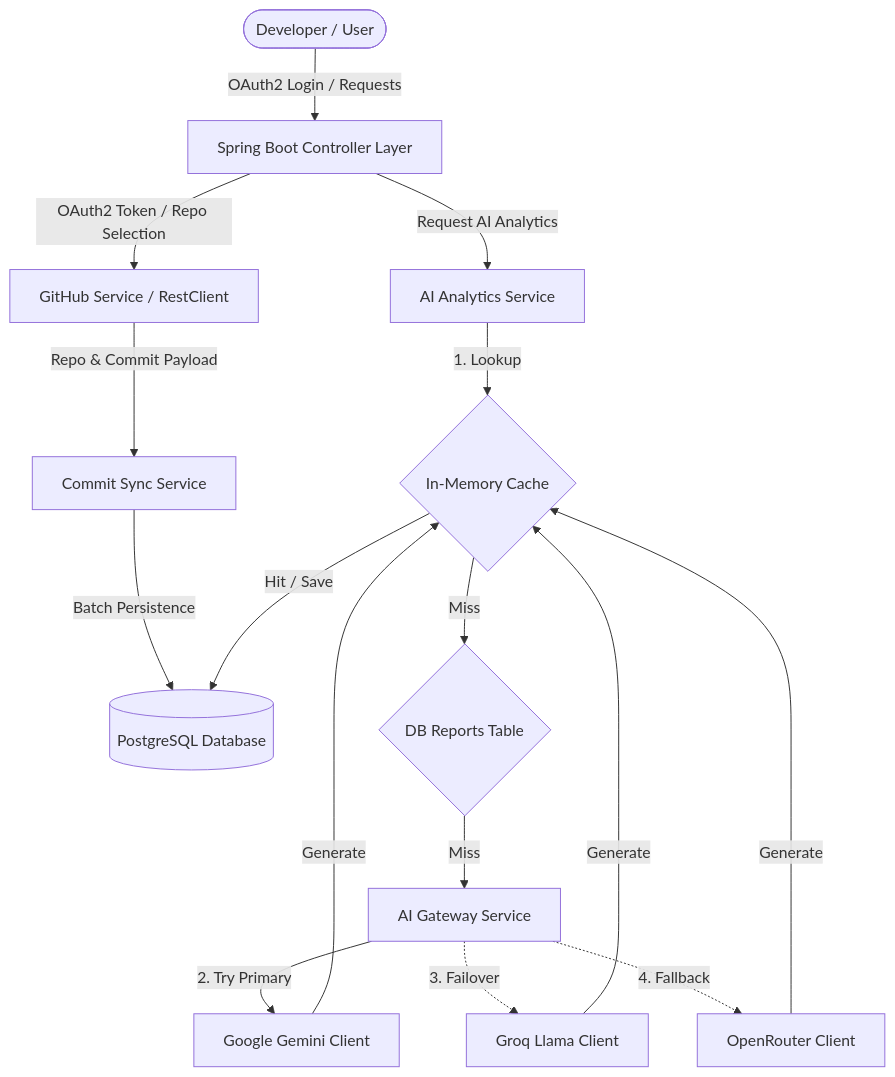
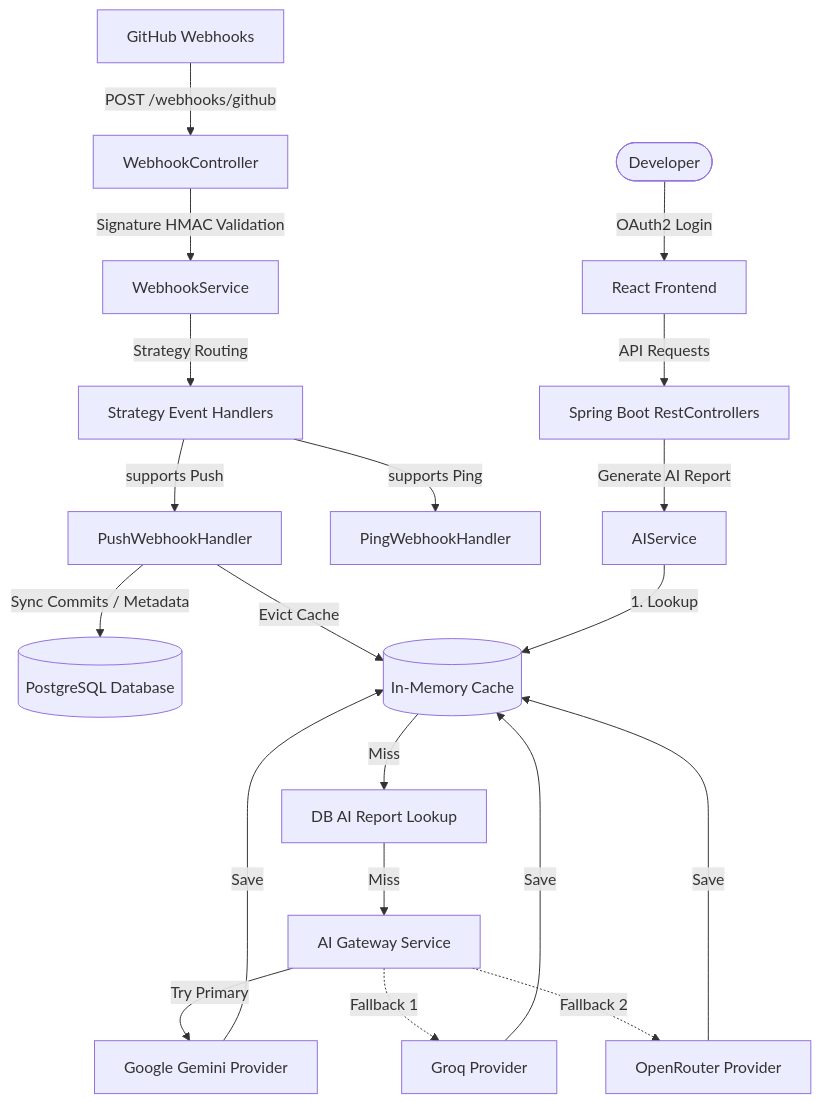
The diagram in README.md (Venkatesh2005v/GitPilot), drawn with Mermaid before and after one commit. The commit also changed other lines of this file, not shown here.

Commit message:
Test GitPilot commit synchronization

````diff
--- a/README.md
+++ b/README.md
@@ -9,22 +20,29 @@
 ```mermaid
 graph TD
-    User([Developer / User]) -->|OAuth2 Login / Requests| WebUI[Spring Boot Controller Layer]
-    WebUI -->|OAuth2 Token / Repo Selection| GithubService[GitHub Service / RestClient]
-    GithubService -->|Repo & Commit Payload| CommitService[Commit Sync Service]
-    CommitService -->|Batch Persistence| DB[(PostgreSQL Database)]
+    User([Developer]) -->|OAuth2 Login| SPA[React Frontend]
+    SPA -->|API Requests| BackendController[Spring Boot RestControllers]
     
-    WebUI -->|Request AI Analytics| AIService[AI Analytics Service]
-    AIService -->|1. Lookup| AICache{In-Memory Cache}
-    AICache -->|Miss| DBReportLookup{DB Reports Table}
+    %% Webhooks
+    Github[GitHub Webhooks] -->|POST /webhooks/github| WebhookController[WebhookController]
+    WebhookController -->|Signature HMAC Validation| WebhookService[WebhookService]
+    WebhookService -->|Strategy Routing| Handlers[Strategy Event Handlers]
+    Handlers -->|supports Push| PushHandler[PushWebhookHandler]
+    Handlers -->|supports Ping| PingHandler[PingWebhookHandler]
     
-    DBReportLookup -->|Miss| AIGateway[AI Gateway Service]
-    AIGateway -->|2. Try Primary| Gemini[Google Gemini Client]
-    AIGateway -.->|3. Failover| Groq[Groq Llama Client]
-    AIGateway -.->|4. Fallback| OpenRouter[OpenRouter Client]
+    PushHandler -->|Sync Commits / Metadata| DB[(PostgreSQL Database)]
+    PushHandler -->|Evict Cache| Cache[(In-Memory Cache)]
+
+    %% AI Gateway
+    BackendController -->|Generate AI Report| AIService[AIService]
+    AIService -->|1. Lookup| Cache
+    Cache -->|Miss| DBReport[DB AI Report Lookup]
+    DBReport -->|Miss| AIGateway[AI Gateway Service]
     
-    Gemini -->|Generate| AICache
-    Groq -->|Generate| AICache
-    OpenRouter -->|Generate| AICache
+    AIGateway -->|Try Primary| Gemini[Google Gemini Provider]
+    AIGateway -.->|Fallback 1| Groq[Groq Provider]
+    AIGateway -.->|Fallback 2| OpenRouter[OpenRouter Provider]
     
-    AICache -->|Hit / Save| DB
+    Gemini -->|Save| Cache
+    Groq -->|Save| Cache
+    OpenRouter -->|Save| Cache
 ```
````
